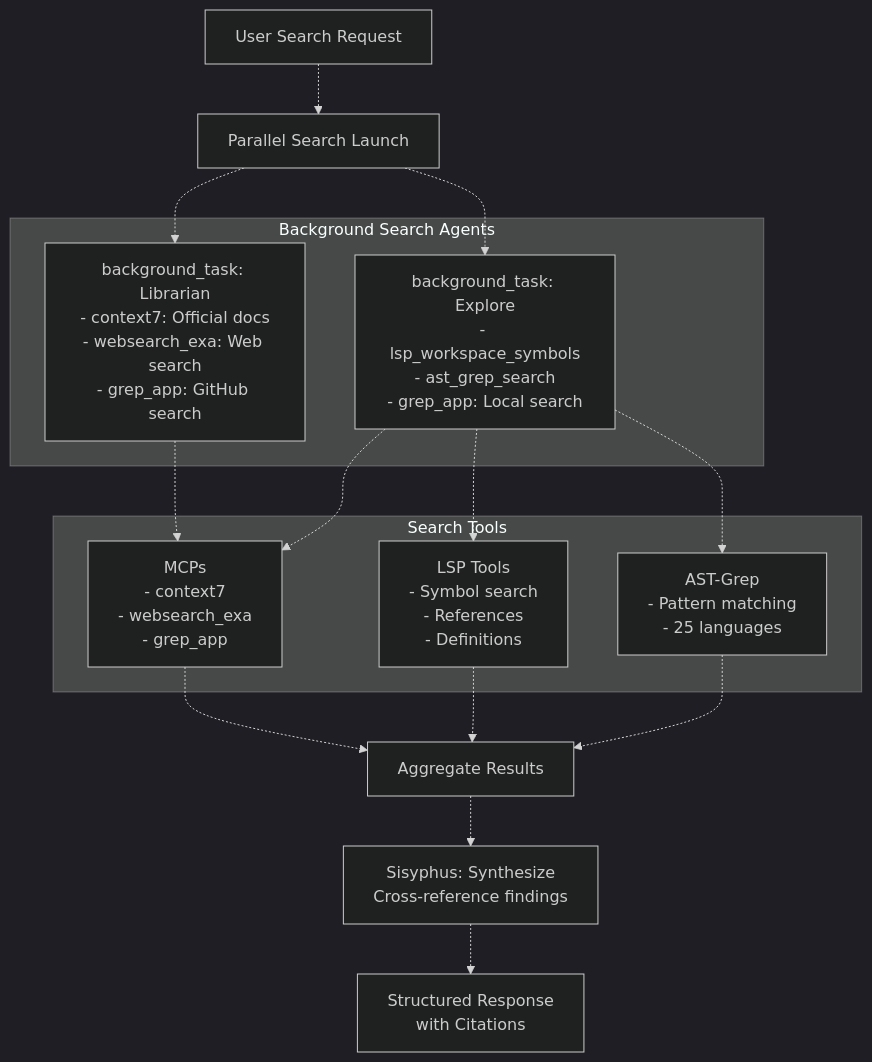
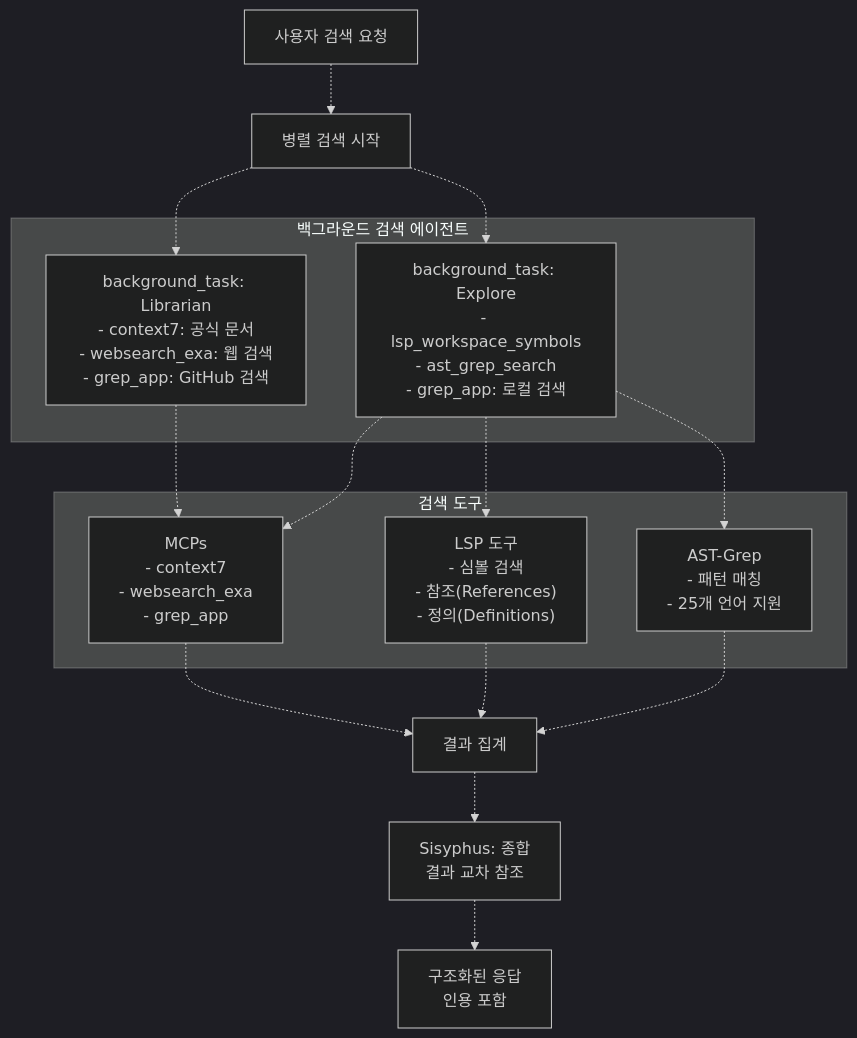
The third of 5 diagrams in docs/advanced/keyword-modes.md (felipetruman/oh-my-opencode-docs), drawn with Mermaid (dark theme) before and after one commit. The commit also changed other lines of this file and 76 other files, not shown here.

````diff
--- a/docs/advanced/keyword-modes.md
+++ b/docs/advanced/keyword-modes.md
@@ -183,38 +183,38 @@
 ```mermaid
 flowchart TD
 
-Request["User Search Request"]
-Parallel["Parallel Search Launch"]
-Librarian["background_task: Librarian<br>- context7: Official docs<br>- websearch_exa: Web search<br>- grep_app: GitHub search"]
-Explore["background_task: Explore<br>- lsp_workspace_symbols<br>- ast_grep_search<br>- grep_app: Local search"]
-LSP["LSP Tools<br>- Symbol search<br>- References<br>- Definitions"]
-AST["AST-Grep<br>- Pattern matching<br>- 25 languages"]
+Request["사용자 검색 요청"]
+Parallel["병렬 검색 시작"]
+Librarian["background_task: Librarian<br>- context7: 공식 문서<br>- websearch_exa: 웹 검색<br>- grep_app: GitHub 검색"]
+Explore["background_task: Explore<br>- lsp_workspace_symbols<br>- ast_grep_search<br>- grep_app: 로컬 검색"]
+LSP["LSP 도구<br>- 심볼 검색<br>- 참조(References)<br>- 정의(Definitions)"]
+AST["AST-Grep<br>- 패턴 매칭<br>- 25개 언어 지원"]
 MCP["MCPs<br>- context7<br>- websearch_exa<br>- grep_app"]
-Results["Aggregate Results"]
-Synthesize["Sisyphus: Synthesize<br>Cross-reference findings"]
-Response["Structured Response<br>with Citations"]
+Results["결과 집계"]
+Synthesize["Sisyphus: 종합<br>결과 교차 참조"]
+Response["구조화된 응답<br>인용 포함"]
 
 Request -.-> Parallel
 Parallel -.-> Librarian
 Parallel -.-> Explore
 Librarian -.-> MCP
 Explore -.-> LSP
 Explore -.-> AST
 Explore -.-> MCP
 MCP -.-> Results
 LSP -.-> Results
 AST -.-> Results
 Results -.-> Synthesize
 Synthesize -.-> Response
 
-subgraph subGraph1 ["Search Tools"]
+subgraph subGraph1 ["검색 도구"]
     LSP
     AST
     MCP
 end
 
-subgraph subGraph0 ["Background Search Agents"]
+subgraph subGraph0 ["백그라운드 검색 에이전트"]
     Librarian
     Explore
 end
 ```
````
